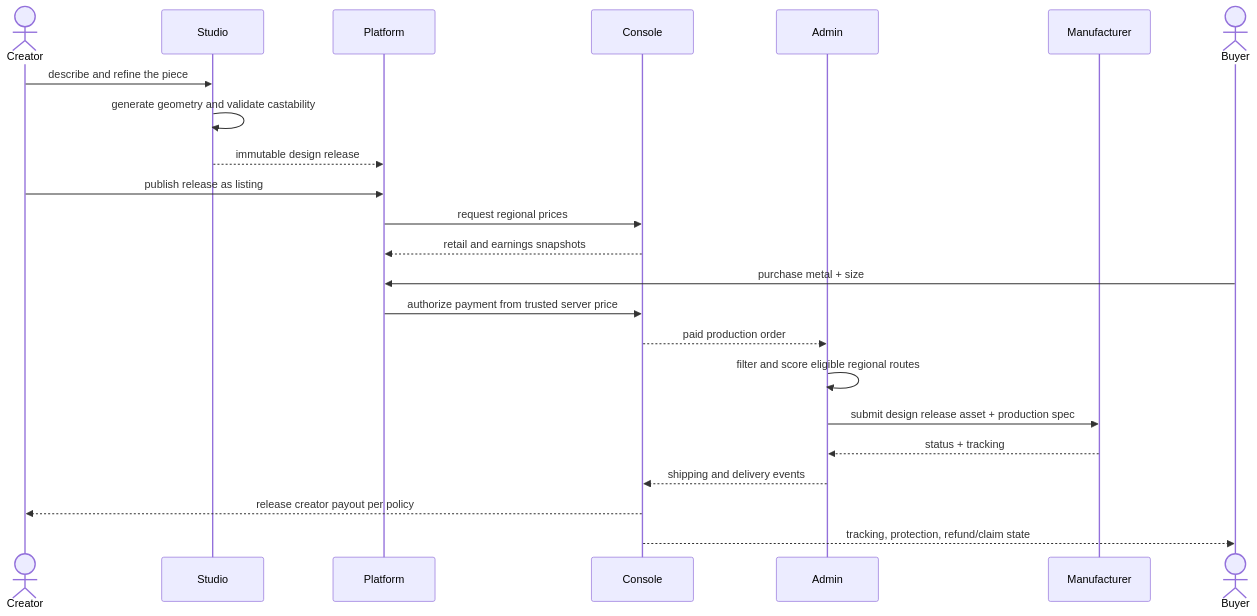
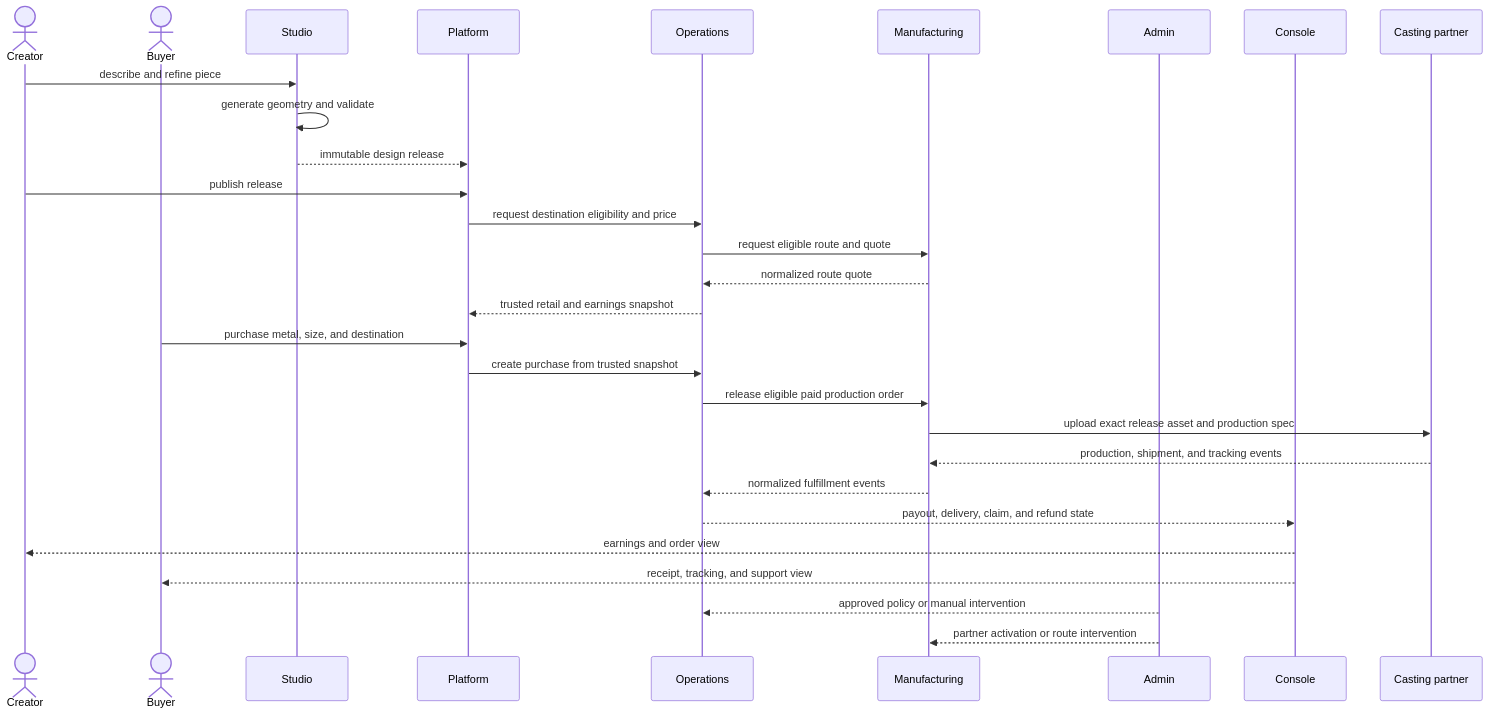
One commit to tinkrland/kirosculp changed the diagram in docs/architecture/flow.md. Above: the diagram before and after it, drawn with Mermaid. The commit also changed other lines of this file and 72 other files, not shown here.

Commit message:
promote manufacturing and operations to root domains

````diff
--- a/docs/architecture/flow.md
+++ b/docs/architecture/flow.md
@@ -3,26 +3,32 @@
 ```mermaid
 sequenceDiagram
     actor Creator
+    actor Buyer
     participant Studio
     participant Platform
+    participant Operations
+    participant Manufacturing
+    participant Admin
     participant Console
-    participant Admin
-    participant Manufacturer
-    actor Buyer
+    participant Partner as Casting partner
 
-    Creator->>Studio: describe and refine the piece
-    Studio->>Studio: generate geometry and validate castability
+    Creator->>Studio: describe and refine piece
+    Studio->>Studio: generate geometry and validate
     Studio-->>Platform: immutable design release
-    Creator->>Platform: publish release as listing
-    Platform->>Console: request regional prices
-    Console-->>Platform: retail and earnings snapshots
-    Buyer->>Platform: purchase metal + size
-    Platform->>Console: authorize payment from trusted server price
-    Console-->>Admin: paid production order
-    Admin->>Admin: filter and score eligible regional routes
-    Admin->>Manufacturer: submit design release asset + production spec
-    Manufacturer-->>Admin: status + tracking
-    Admin-->>Console: shipping and delivery events
-    Console-->>Creator: release creator payout per policy
-    Console-->>Buyer: tracking, protection, refund/claim state
+    Creator->>Platform: publish release
+    Platform->>Operations: request destination eligibility and price
+    Operations->>Manufacturing: request eligible route and quote
+    Manufacturing-->>Operations: normalized route quote
+    Operations-->>Platform: trusted retail and earnings snapshot
+    Buyer->>Platform: purchase metal, size, and destination
+    Platform->>Operations: create purchase from trusted snapshot
+    Operations->>Manufacturing: release eligible paid production order
+    Manufacturing->>Partner: upload exact release asset and production spec
+    Partner-->>Manufacturing: production, shipment, and tracking events
+    Manufacturing-->>Operations: normalized fulfillment events
+    Operations-->>Console: payout, delivery, claim, and refund state
+    Console-->>Creator: earnings and order view
+    Console-->>Buyer: receipt, tracking, and support view
+    Admin-->>Operations: approved policy or manual intervention
+    Admin-->>Manufacturing: partner activation or route intervention
 ```
````
